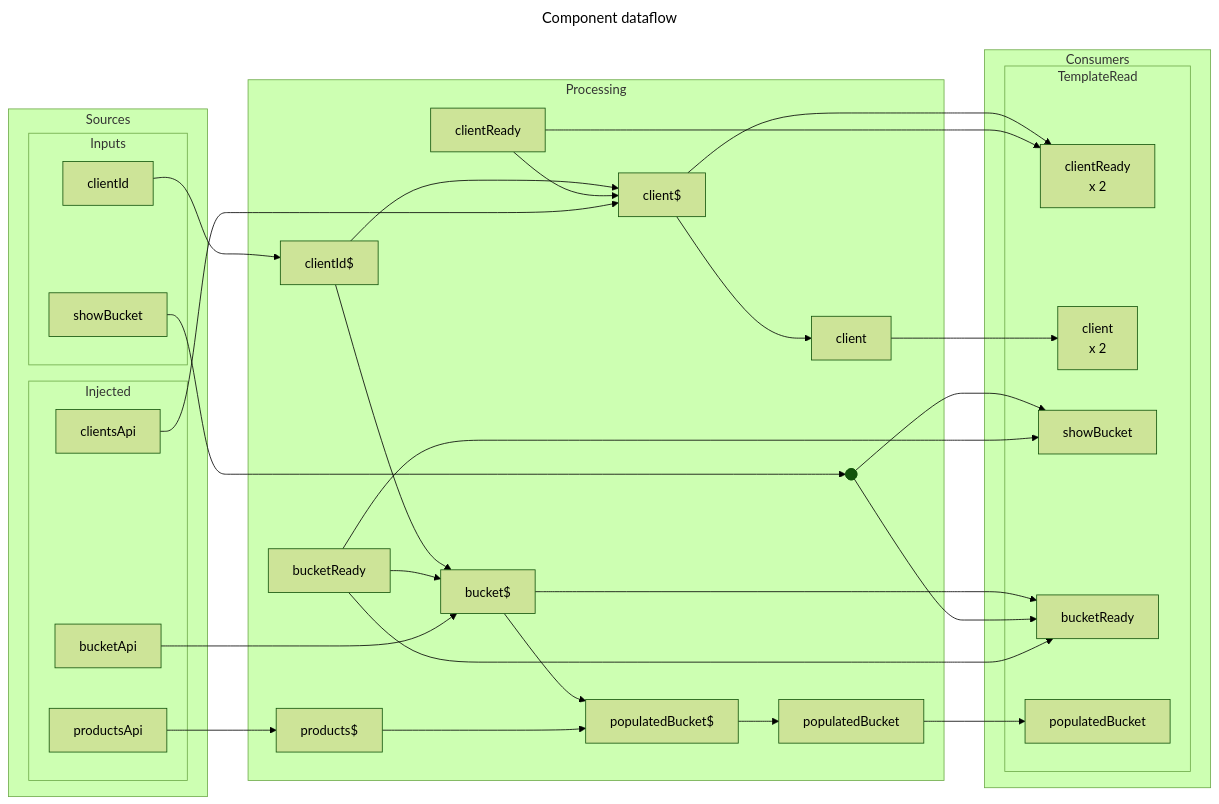
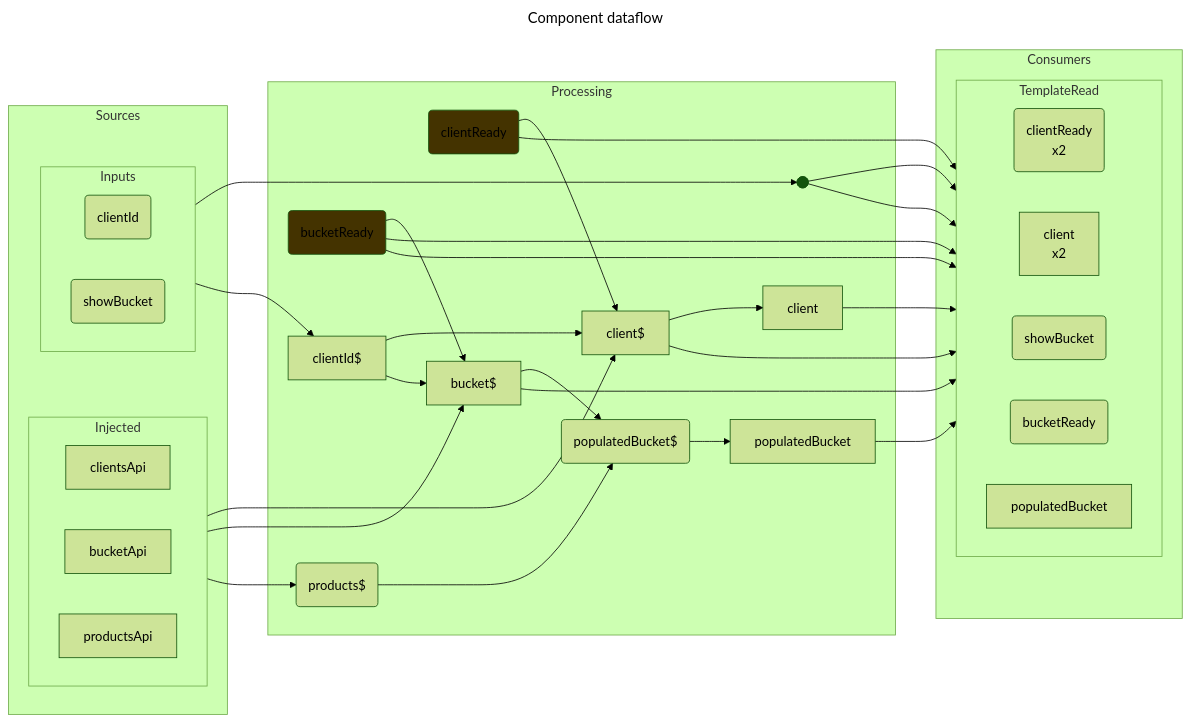
The first of 2 diagrams in src/app/components/signals/signal/signal.component.dataflow.md (earthdmitriy/rx-evo), drawn with Mermaid (forest theme) before and after one commit. The commit also changed other lines of this file and 39 other files, not shown here.

Commit message:
updated dataflow diagrams

````diff
--- a/src/app/components/signals/signal/signal.component.dataflow.md
+++ b/src/app/components/signals/signal/signal.component.dataflow.md
@@ -7,6 +7,7 @@
 graph LR
     subgraph Sources
         subgraph Injected
+            direction LR
             Source_clientsApi["
                 clientsApi
             "]
@@ -18,36 +19,37 @@
             "]
         end
         subgraph Inputs
-            Source_clientId["
+            direction LR
+            Source_clientId("
                 clientId
-            "]
-            Source_showBucket["
+            ")
+            Source_showBucket("
                 showBucket
-            "]
+            ")
         end
     end
     subgraph Processing
         Processing_clientId$["
             clientId$
         "]
-        Processing_clientReady["
+        Processing_clientReady("
             clientReady
-        "]
-        Processing_bucketReady["
+        ")
+        Processing_bucketReady("
             bucketReady
-        "]
+        ")
         Processing_client$["
             client$
         "]
         Processing_bucket$["
             bucket$
         "]
-        Processing_products$["
+        Processing_products$("
             products$
-        "]
-        Processing_populatedBucket$["
+        ")
+        Processing_populatedBucket$("
             populatedBucket$
-        "]
+        ")
         Processing_client["
             client
         "]
@@ -58,20 +60,21 @@
     end
     subgraph Consumers
         subgraph TemplateRead
-            Consumer_clientReady["
+            direction LR
+            Consumer_clientReady("
                 clientReady
-x            2
-            "]
+                x2
+            ")
             Consumer_client["
                 client
-x            2
+                x2
             "]
-            Consumer_showBucket["
+            Consumer_showBucket("
                 showBucket
-            "]
-            Consumer_bucketReady["
+            ")
+            Consumer_bucketReady("
                 bucketReady
-            "]
+            ")
             Consumer_populatedBucket["
                 populatedBucket
             "]
@@ -101,5 +104,7 @@
     Processing_showBucket --> Consumer_bucketReady
     Processing_bucketReady --> Consumer_bucketReady
     Processing_populatedBucket --> Consumer_populatedBucket
+    style Processing_clientReady fill:#430
+    style Processing_bucketReady fill:#430
 
 ```
````
